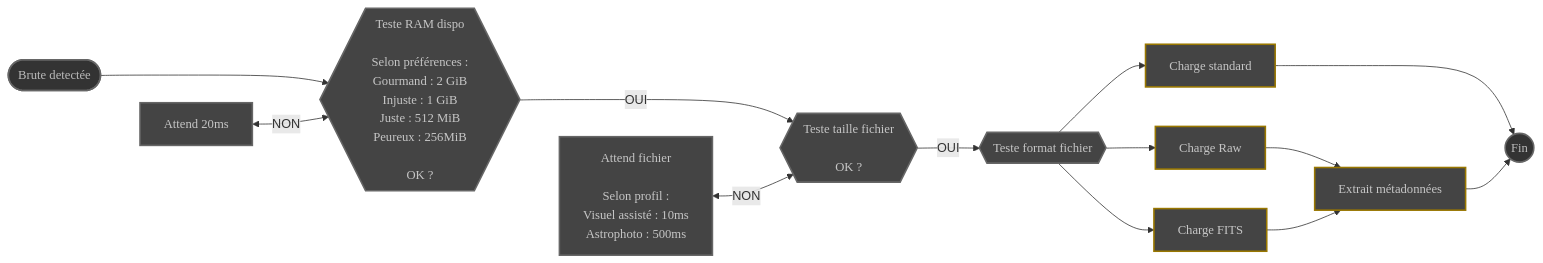
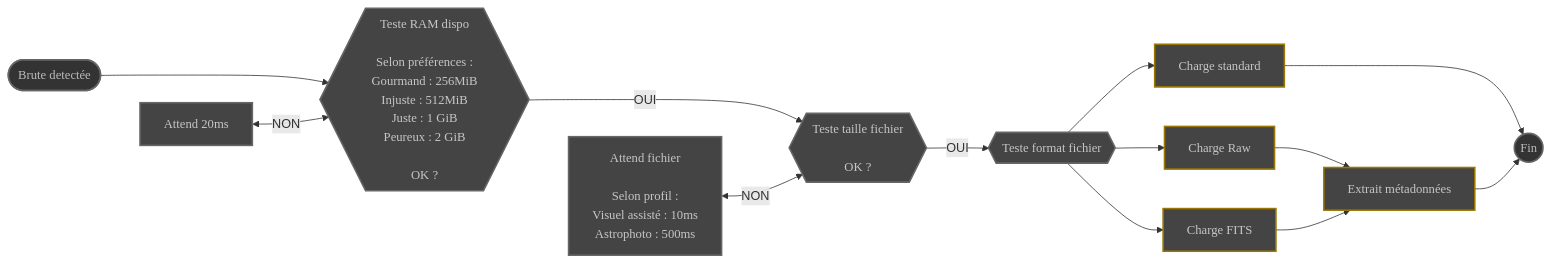
One commit to deufrai/als changed the diagram in content/fr/docs/v0.7/reference/modules/scanner.md. Above: the diagram before and after it, drawn with Mermaid. The commit also changed other lines of this file and 1 other file, not shown here.

Commit message:
fix order of RAM values in scanner flowcharts

````diff
--- a/content/fr/docs/v0.7/reference/modules/scanner.md
+++ b/content/fr/docs/v0.7/reference/modules/scanner.md
@@ -59,48 +59,48 @@
 ```mermaid
 flowchart LR
     START([Brute detectée])
     
     WAIT_FILE[Attend fichier<br><br>Selon profil :<br>Visuel assisté : 10ms<br>Astrophoto : 500ms]    
     WAIT_RAM[Attend 20ms]
     
-    CHECK_RAM{{Teste RAM dispo<br><br>Selon préférences :<br>Gourmand : 2 GiB<br>Injuste : 1 GiB<br>Juste : 512 MiB<br>Peureux : 256MiB<br><br>OK ?}}
+    CHECK_RAM{{Teste RAM dispo<br><br>Selon préférences :<br>Gourmand : 256MiB<br>Injuste : 512MiB<br>Juste : 1 GiB<br>Peureux : 2 GiB<br><br>OK ?}}
     CHECK_SIZE{{Teste taille fichier<br><br>OK ?}}
     TEST_FORMAT{{Teste format fichier}}
     
     FITS[Charge FITS]
     STANDARD[Charge standard]
     RAW[Charge Raw]
     
     METADATA[Extrait métadonnées]
     
     END((Fin))
 
     START ---> CHECK_RAM
     WAIT_RAM <-->|NON| CHECK_RAM
 
     CHECK_RAM --->|OUI| CHECK_SIZE
     WAIT_FILE <-->|NON| CHECK_SIZE
     CHECK_SIZE -->|OUI| TEST_FORMAT
 
     TEST_FORMAT -->  FITS
     TEST_FORMAT -->  STANDARD
     TEST_FORMAT -->  RAW
 
     RAW --> METADATA
     FITS --> METADATA
 
     STANDARD ---> END
     METADATA --> END
 
     style START fill:#333,stroke:#666,stroke-width:2px,color:#BBB,font-family:'Poppins',sans-serif
     style WAIT_RAM fill:#444,stroke:#666,stroke-width:2px,color:#c6c6c6,font-family:'Poppins',sans-serif
     style CHECK_RAM fill:#444,stroke:#666,stroke-width:2px,color:#c6c6c6,font-family:'Poppins',sans-serif
     style CHECK_SIZE fill:#444,stroke:#666,stroke-width:2px,color:#c6c6c6,font-family:'Poppins',sans-serif
     style WAIT_FILE fill:#444,stroke:#666,stroke-width:2px,color:#c6c6c6,font-family:'Poppins',sans-serif
     style TEST_FORMAT fill:#444,stroke:#666,stroke-width:2px,color:#c6c6c6,font-family:'Poppins',sans-serif
     style FITS fill:#444,stroke:#970,stroke-width:2px,color:#c6c6c6,font-family:'Poppins',sans-serif
     style STANDARD fill:#444,stroke:#970,stroke-width:2px,color:#c6c6c6,font-family:'Poppins',sans-serif
     style RAW fill:#444,stroke:#970,stroke-width:2px,color:#c6c6c6,font-family:'Poppins',sans-serif
     style METADATA fill:#444,stroke:#970,stroke-width:2px,color:#c6c6c6,font-family:'Poppins',sans-serif
     style END fill:#333,stroke:#666,stroke-width:2px,color:#BBB,font-family:'Poppins',sans-serif
 ```
````
